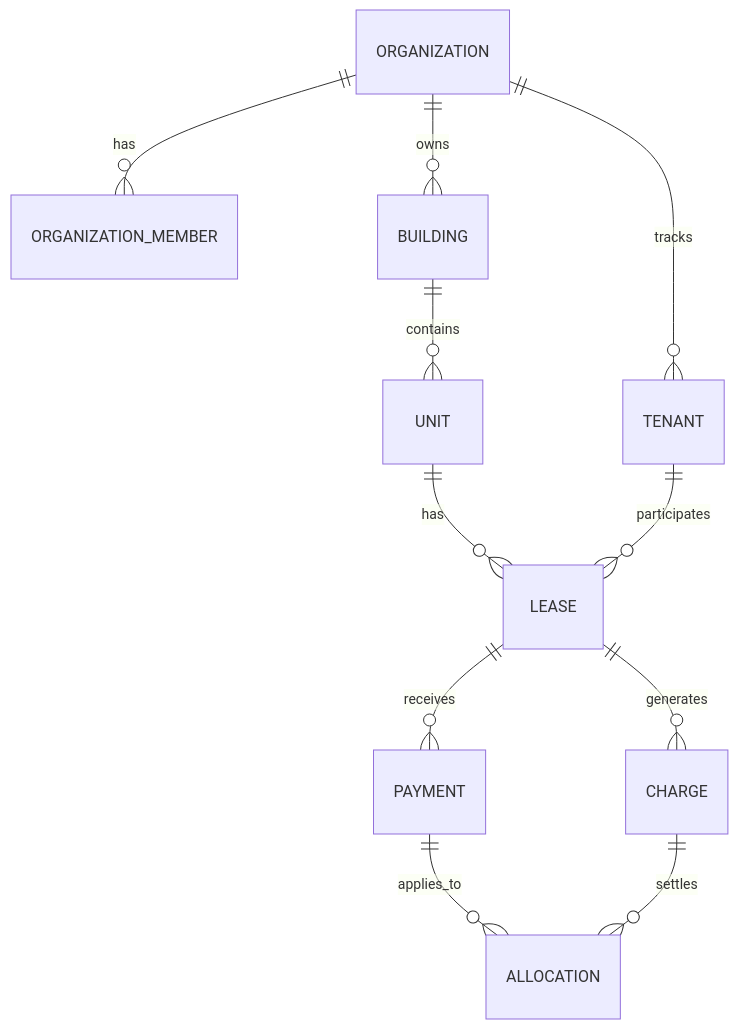
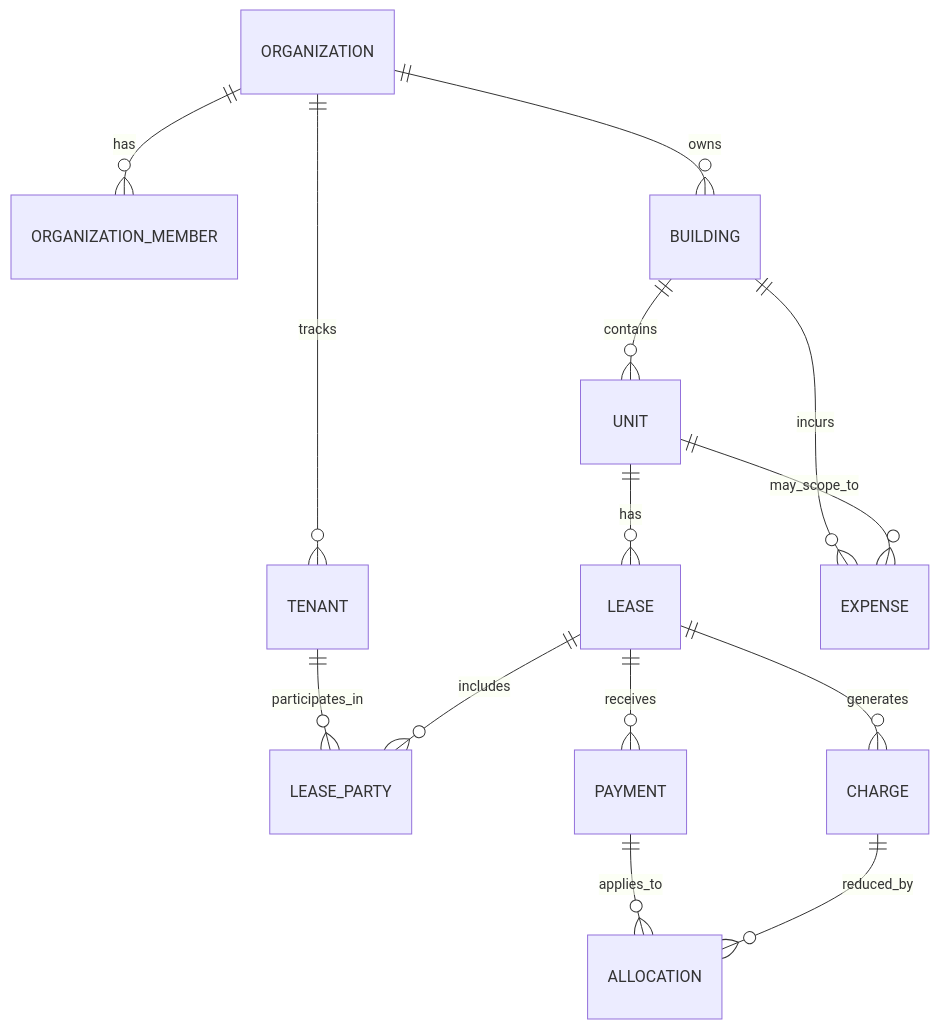
Before and after one commit to anthonynarine/EstateIQ: the fourth of 4 diagrams in EstateIQ_Investor_README.md, drawn with Mermaid. The commit also changed other lines of this file and 1 other file, not shown here.

Commit message:
updated project architecture diagrams

````diff
--- a/EstateIQ_Investor_README.md
+++ b/EstateIQ_Investor_README.md
@@ -149,13 +215,16 @@
-``` mermaid
+```mermaid
 erDiagram
   ORGANIZATION ||--o{ ORGANIZATION_MEMBER : has
   ORGANIZATION ||--o{ BUILDING : owns
   BUILDING ||--o{ UNIT : contains
   ORGANIZATION ||--o{ TENANT : tracks
   UNIT ||--o{ LEASE : has
-  TENANT ||--o{ LEASE : participates
+  TENANT ||--o{ LEASE_PARTY : participates_in
+  LEASE ||--o{ LEASE_PARTY : includes
   LEASE ||--o{ CHARGE : generates
   LEASE ||--o{ PAYMENT : receives
   PAYMENT ||--o{ ALLOCATION : applies_to
-  CHARGE ||--o{ ALLOCATION : settles
+  CHARGE ||--o{ ALLOCATION : reduced_by
+  BUILDING ||--o{ EXPENSE : incurs
+  UNIT ||--o{ EXPENSE : may_scope_to
 ```
````
